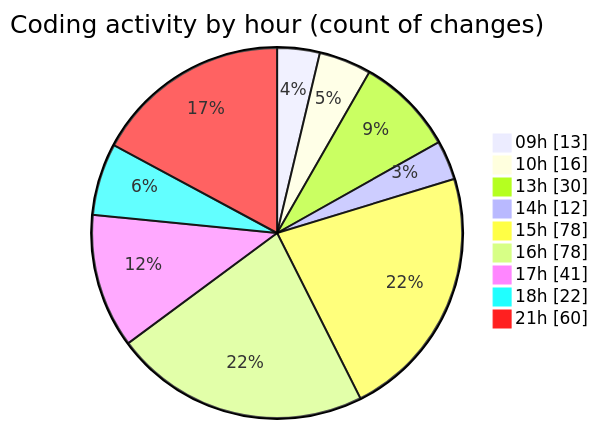
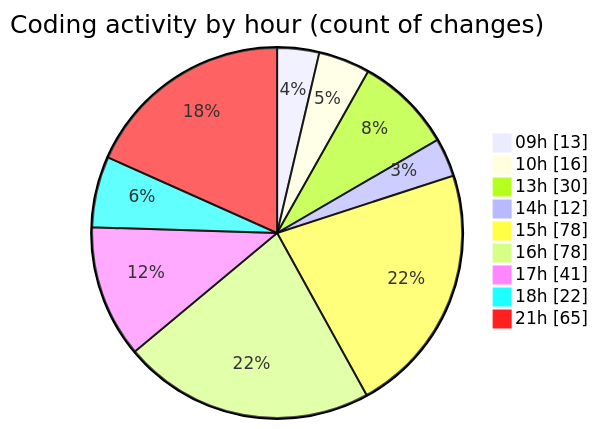
One commit to momahboobian/code-tracking changed the second of 2 diagrams in 2025-03-31/cda/README.md. Above: the diagram before and after it, drawn with Mermaid. The commit also changed other lines of this file and 1 other file, not shown here.

````diff
--- a/2025-03-31/cda/README.md
+++ b/2025-03-31/cda/README.md
@@ -50,13 +50,13 @@
 ```mermaid
 pie showData
 title Coding activity by hour (count of changes)
 "09h" : 13
 "10h" : 16
 "13h" : 30
 "14h" : 12
 "15h" : 78
 "16h" : 78
 "17h" : 41
 "18h" : 22
-"21h" : 60
+"21h" : 65
 ```
````
